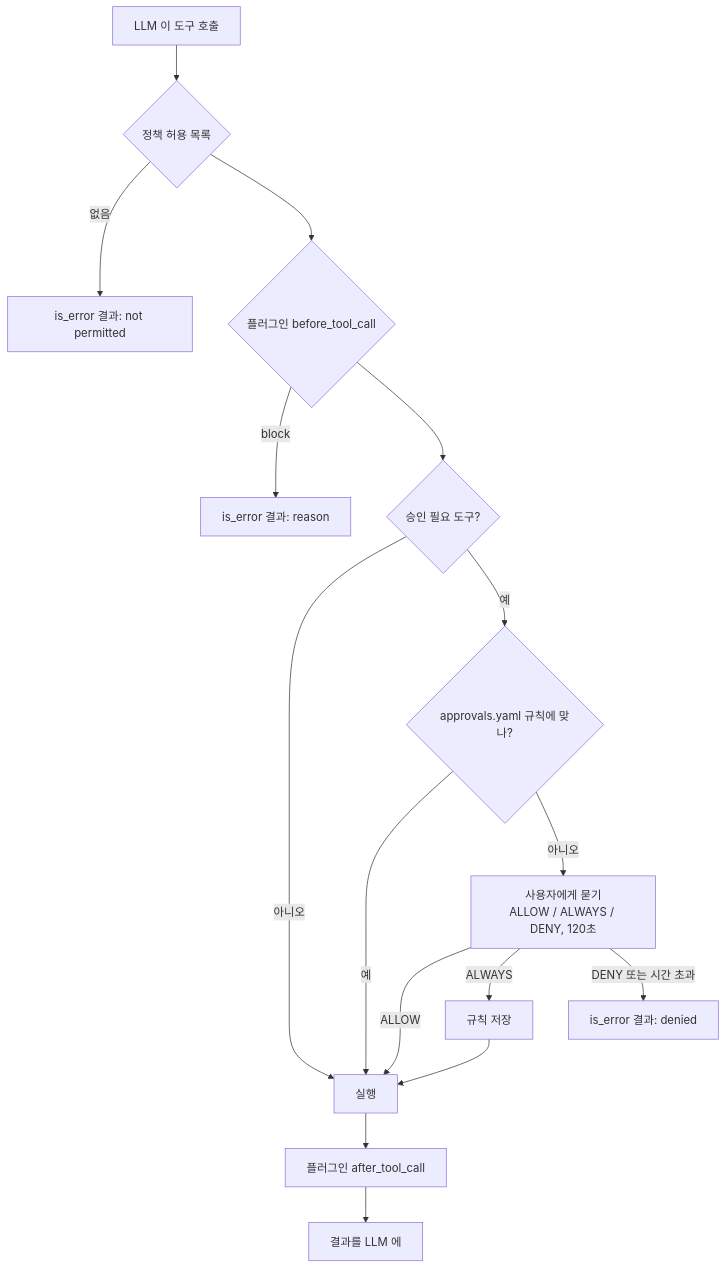
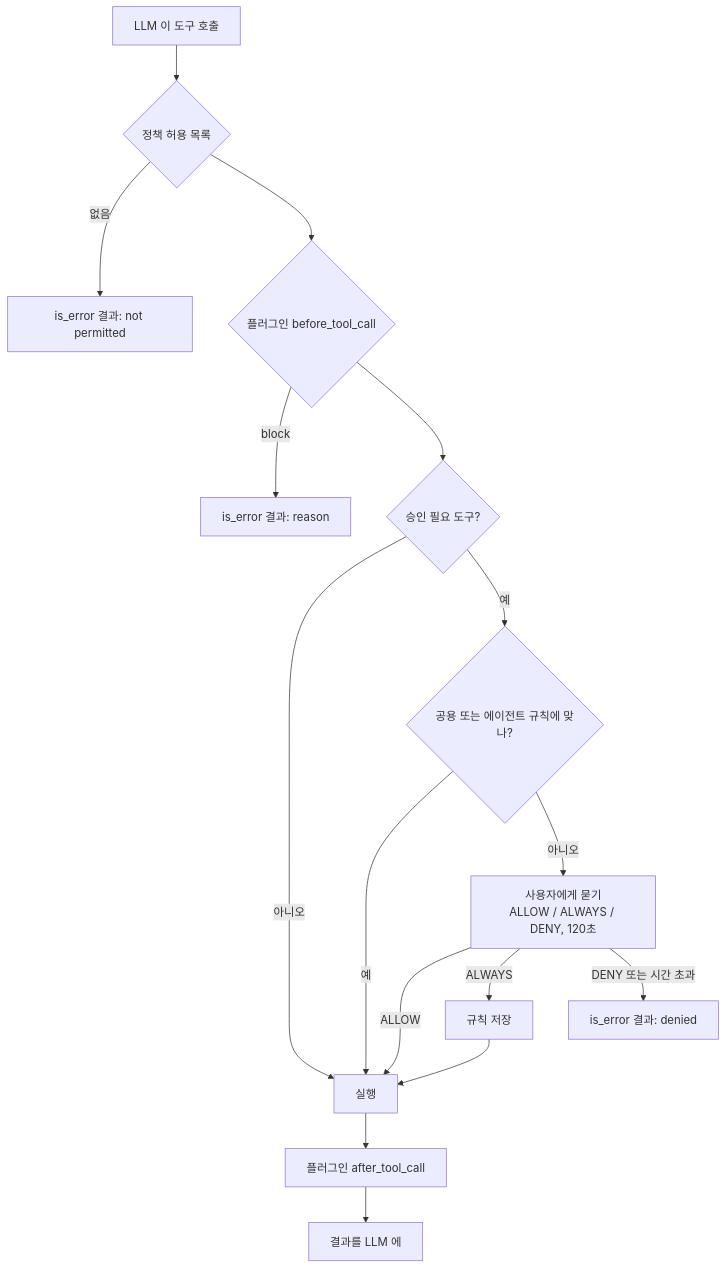
Before and after one commit to ash-hun/jarvis-agent: the first of 2 diagrams in website/docs/features/tools-and-approval.md, drawn with Mermaid. The commit also changed other lines of this file and 28 other files, not shown here.

````diff
--- a/website/docs/features/tools-and-approval.md
+++ b/website/docs/features/tools-and-approval.md
@@ -28,17 +28,17 @@
 ```mermaid
 flowchart TD
   L[LLM 이 도구 호출] --> A{정책 허용 목록}
   A -- 없음 --> E1[is_error 결과: not permitted]
   A --> B{플러그인 before_tool_call}
   B -- block --> E2[is_error 결과: reason]
   B --> C{승인 필요 도구?}
   C -- 아니오 --> X[실행]
-  C -- 예 --> D{approvals.yaml 규칙에 맞나?}
+  C -- 예 --> D{공용 또는 에이전트 규칙에 맞나?}
   D -- 예 --> X
   D -- 아니오 --> U[사용자에게 묻기<br/>ALLOW / ALWAYS / DENY, 120초]
   U -- ALLOW --> X
   U -- ALWAYS --> W[규칙 저장] --> X
   U -- DENY 또는 시간 초과 --> E3[is_error 결과: denied]
   X --> P[플러그인 after_tool_call]
   P --> R[결과를 LLM 에]
 ```
````
